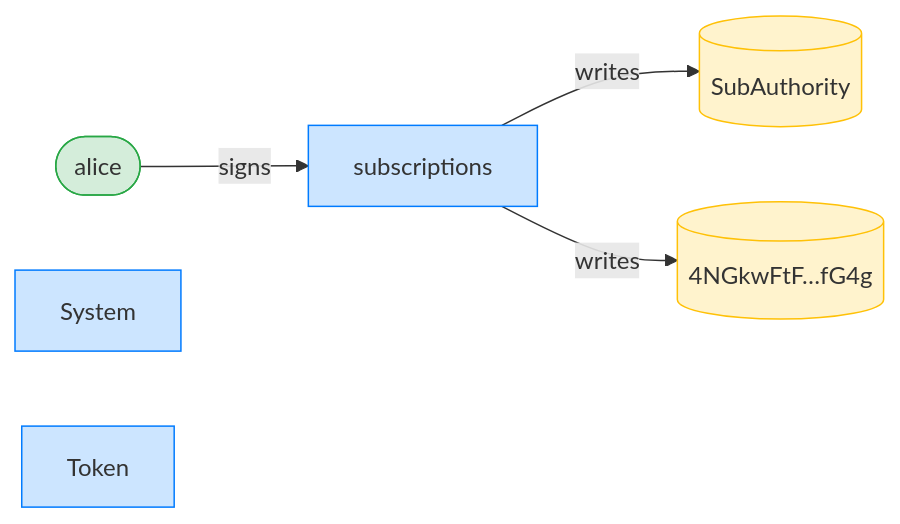
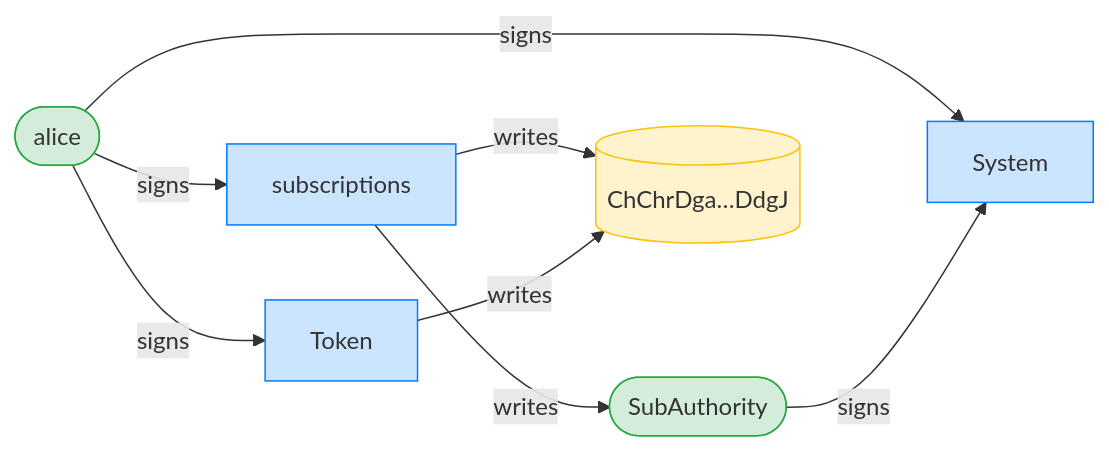
Before and after one commit to cds-rs/subscriptions: the third of 12 diagrams in dsl_tests/revoke-a-fixed-delegation-across-versions.md, drawn with Mermaid. The commit also changed other lines of this file and 224 other files, not shown here.

````diff
--- a/dsl_tests/revoke-a-fixed-delegation-across-versions.md
+++ b/dsl_tests/revoke-a-fixed-delegation-across-versions.md
@@ -53,15 +54,19 @@
 ```mermaid
 flowchart LR
     classDef signer fill:#d4edda,stroke:#28a745;
     classDef program fill:#cce5ff,stroke:#007bff;
     classDef writable fill:#fff3cd,stroke:#ffc107;
     subscriptions[subscriptions]:::program
     alice([alice]):::signer
-    SubAuthority[(SubAuthority)]:::writable
-    4NGkwFtF_fG4g[("4NGkwFtF…fG4g")]:::writable
+    SubAuthority([SubAuthority]):::signer
+    ChChrDga_DdgJ[("ChChrDga…DdgJ")]:::writable
     System[System]:::program
     Token[Token]:::program
     alice -->|signs| subscriptions
+    alice -->|signs| System
+    SubAuthority -->|signs| System
+    alice -->|signs| Token
     subscriptions -->|writes| SubAuthority
-    subscriptions -->|writes| 4NGkwFtF_fG4g
+    subscriptions -->|writes| ChChrDga_DdgJ
+    Token -->|writes| ChChrDga_DdgJ
 ```
````
